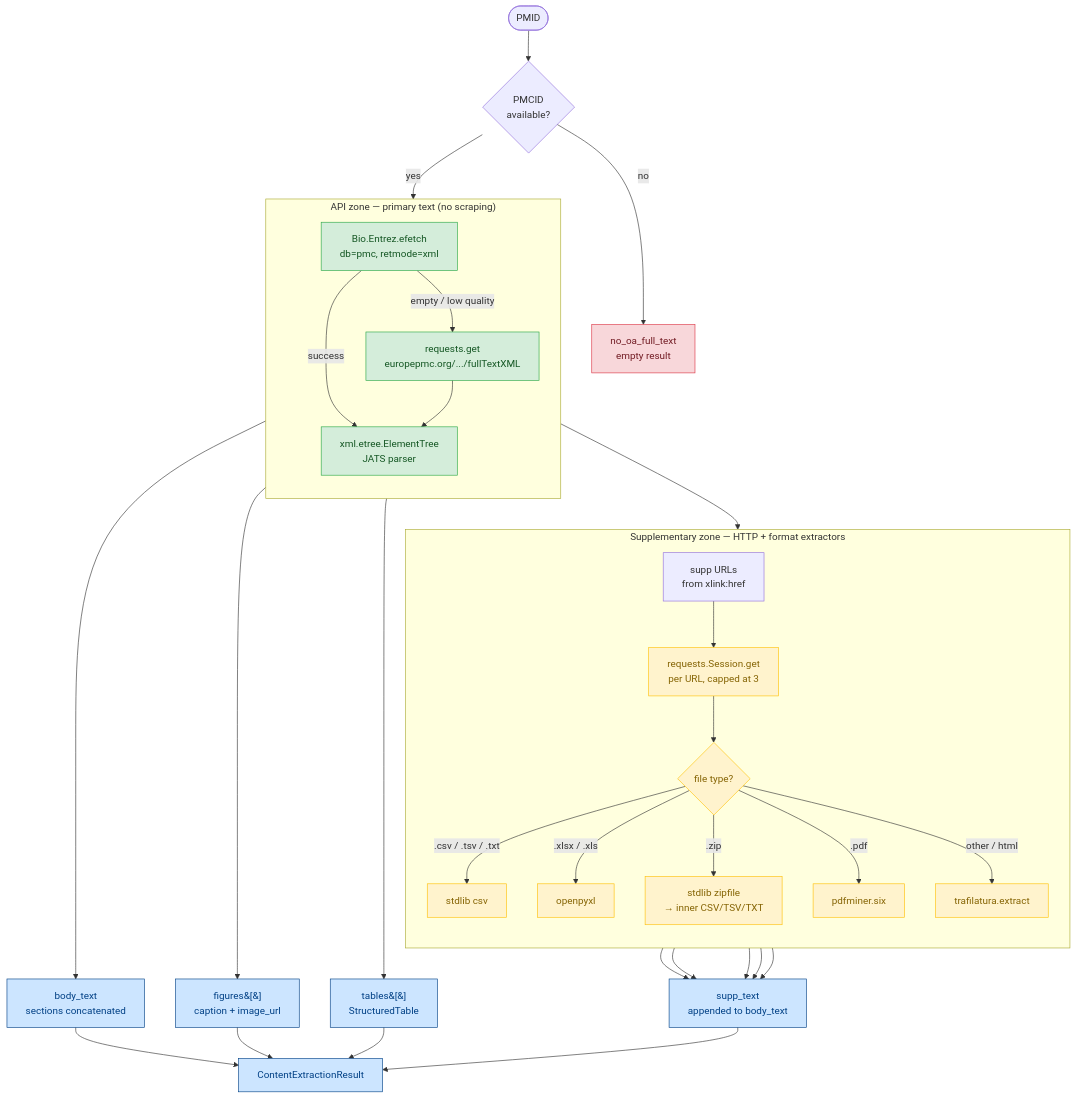
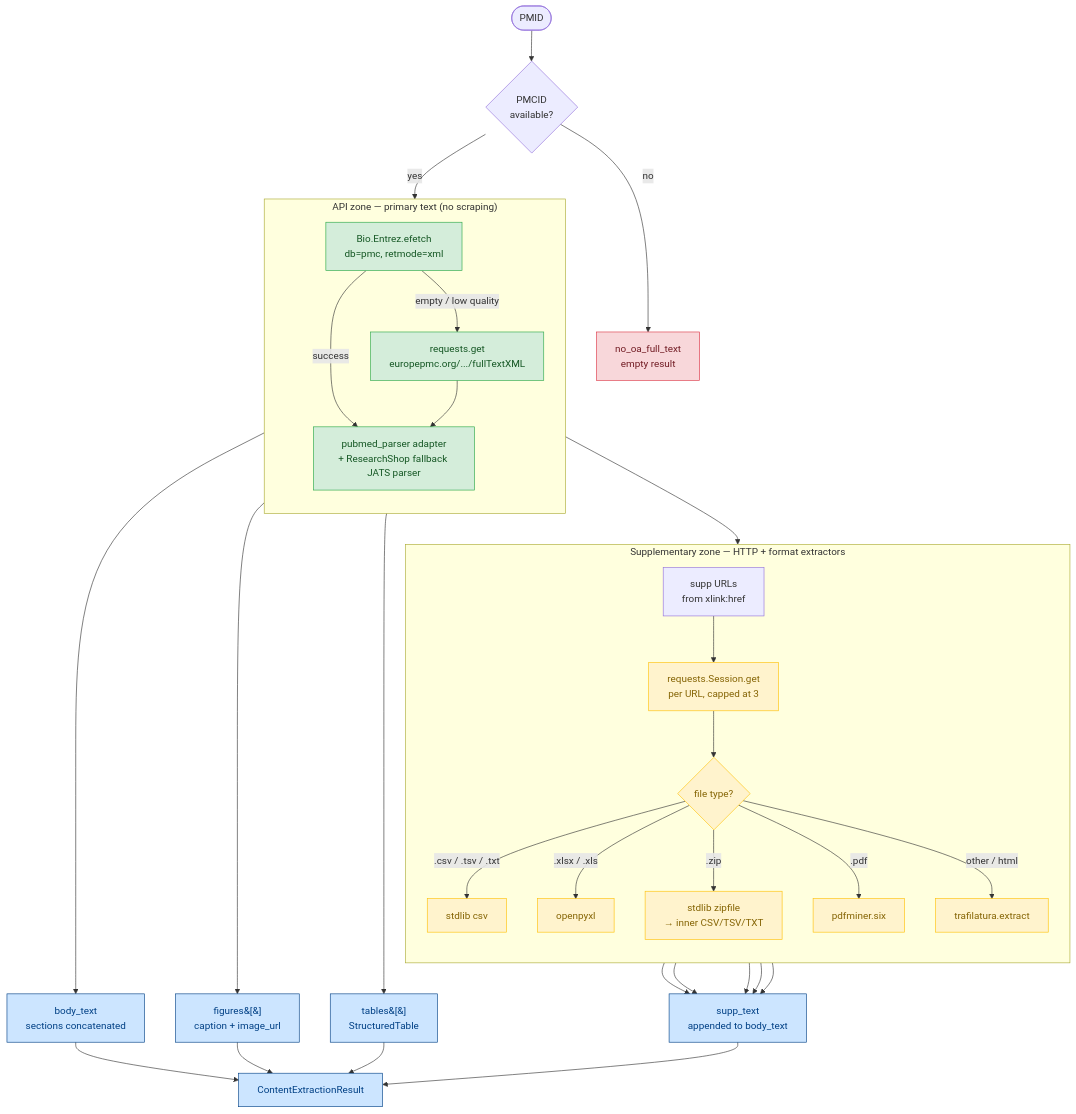
The first of 11 diagrams in docs/pipeline/understanding.md (michaluppal/Researchshop-Disease2Gene), drawn with Mermaid before and after one commit. The commit also changed other lines of this file and 25 other files, not shown here.

Commit message:
Add PubMed parser adapter and Stage 5 cleanup

````diff
--- a/docs/pipeline/understanding.md
+++ b/docs/pipeline/understanding.md
@@ -535,58 +536,58 @@
 ```mermaid
 flowchart TD
     PMID([PMID]) --> PMCIDLookup{PMCID<br/>available?}
     PMCIDLookup -->|no| NoOA[no_oa_full_text<br/>empty result]
     PMCIDLookup -->|yes| PMCEfetch
 
     subgraph APIZONE ["API zone — primary text (no scraping)"]
         direction TB
         PMCEfetch["Bio.Entrez.efetch<br/>db=pmc, retmode=xml"]
         EuropePMC["requests.get<br/>europepmc.org/.../fullTextXML"]
-        XMLParse["xml.etree.ElementTree<br/>JATS parser"]
+                XMLParse["pubmed_parser adapter<br/>+ ResearchShop fallback JATS parser"]
 
         PMCEfetch -->|success| XMLParse
         PMCEfetch -->|empty / low quality| EuropePMC
         EuropePMC --> XMLParse
     end
 
     XMLParse --> BodyText[body_text<br/>sections concatenated]
     XMLParse --> Figures[figures&#91;&#93;<br/>caption + image_url]
     XMLParse --> Tables[tables&#91;&#93;<br/>StructuredTable]
     XMLParse --> SuppURLs[supp URLs<br/>from xlink:href]
 
     subgraph SUPPZONE ["Supplementary zone — HTTP + format extractors"]
         direction TB
         SuppFetch["requests.Session.get<br/>per URL, capped at 3"]
         Dispatch{file type?}
 
         SuppURLs --> SuppFetch
         SuppFetch --> Dispatch
 
         Dispatch -->|.csv / .tsv / .txt| CSVHandler["stdlib csv"]
         Dispatch -->|.xlsx / .xls| XLSXHandler["openpyxl"]
         Dispatch -->|.zip| ZIPHandler["stdlib zipfile<br/>→ inner CSV/TSV/TXT"]
         Dispatch -->|.pdf| PDFHandler["pdfminer.six"]
         Dispatch -->|other / html| HTMLHandler["trafilatura.extract"]
     end
 
     CSVHandler --> SuppText[supp_text<br/>appended to body_text]
     XLSXHandler --> SuppText
     ZIPHandler --> SuppText
     PDFHandler --> SuppText
     HTMLHandler --> SuppText
 
     BodyText --> Result[ContentExtractionResult]
     Figures --> Result
     Tables --> Result
     SuppText --> Result
 
     classDef api fill:#d4edda,stroke:#28a745,color:#155724
     classDef supp fill:#fff3cd,stroke:#ffc107,color:#856404
     classDef output fill:#cce5ff,stroke:#004085,color:#004085
     classDef fail fill:#f8d7da,stroke:#dc3545,color:#721c24
 
     class PMCEfetch,EuropePMC,XMLParse api
     class SuppFetch,Dispatch,CSVHandler,XLSXHandler,ZIPHandler,PDFHandler,HTMLHandler supp
     class Result,BodyText,Figures,Tables,SuppText output
     class NoOA fail
 ```
````
